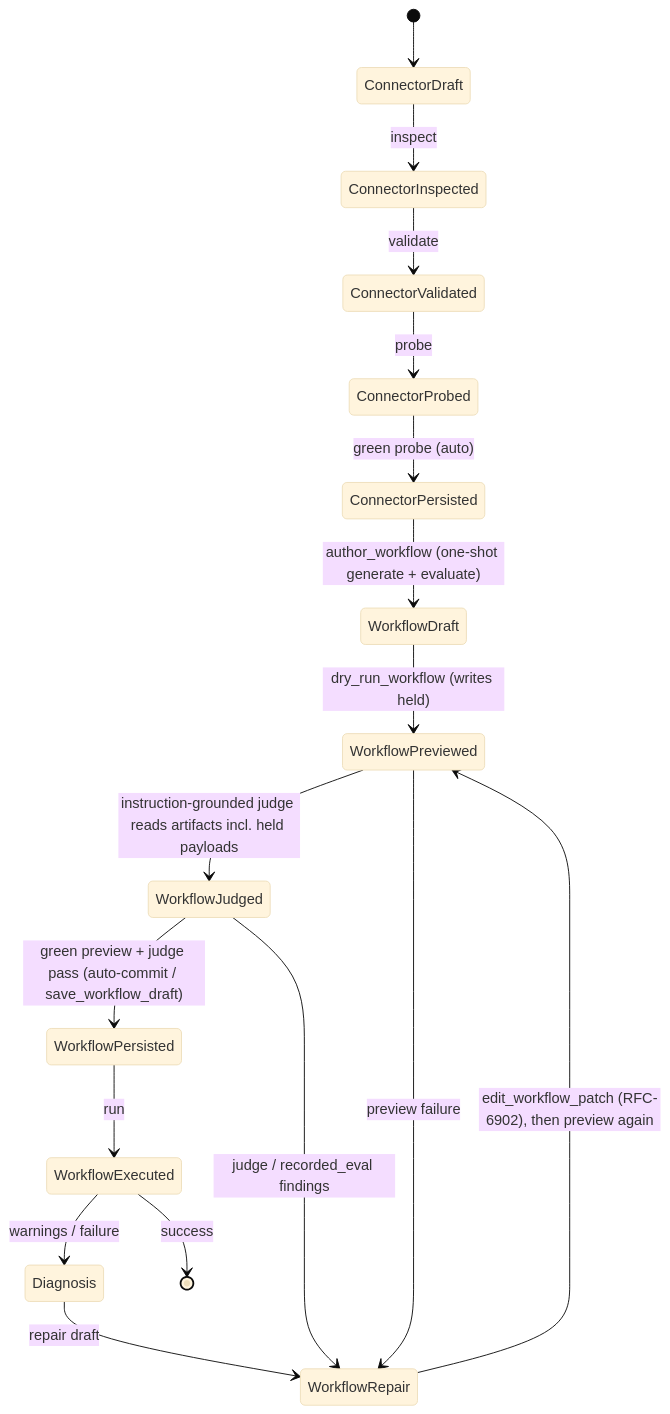
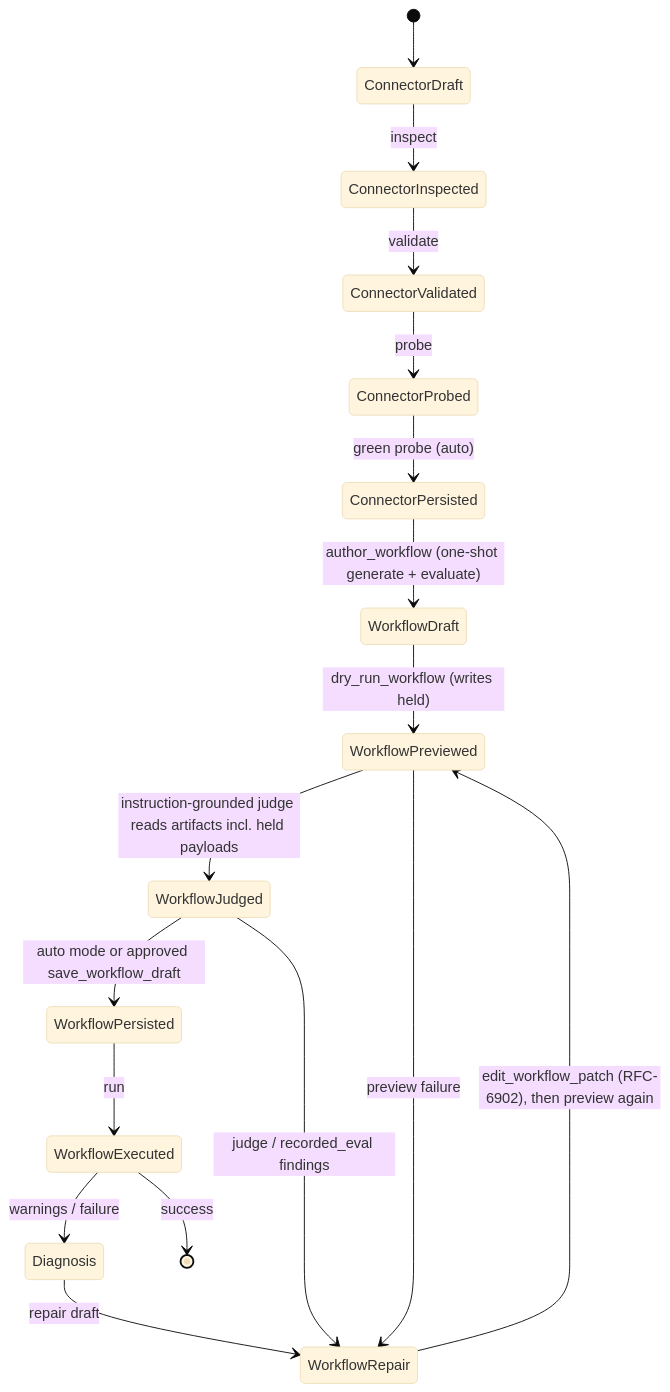
Before and after one commit to MikeBild/subkit: the second of 3 diagrams in docs/authors/authoring-workflows.md, drawn with Mermaid (base theme). The commit also changed other lines of this file and 11 other files, not shown here.

Commit message:
fix(authoring): gate workflow saves in ask mode

````diff
--- a/docs/authors/authoring-workflows.md
+++ b/docs/authors/authoring-workflows.md
@@ -72,19 +72,19 @@
 ```mermaid
 stateDiagram-v2
     [*] --> ConnectorDraft
     ConnectorDraft --> ConnectorInspected: inspect
     ConnectorInspected --> ConnectorValidated: validate
     ConnectorValidated --> ConnectorProbed: probe
     ConnectorProbed --> ConnectorPersisted: green probe (auto)
     ConnectorPersisted --> WorkflowDraft: author_workflow (one-shot generate + evaluate)
     WorkflowDraft --> WorkflowPreviewed: dry_run_workflow (writes held)
     WorkflowPreviewed --> WorkflowJudged: instruction-grounded judge reads artifacts incl. held payloads
-    WorkflowJudged --> WorkflowPersisted: green preview + judge pass (auto-commit / save_workflow_draft)
+    WorkflowJudged --> WorkflowPersisted: auto mode or approved save_workflow_draft
     WorkflowJudged --> WorkflowRepair: judge / recorded_eval findings
     WorkflowPreviewed --> WorkflowRepair: preview failure
     WorkflowRepair --> WorkflowPreviewed: edit_workflow_patch (RFC-6902), then preview again
     WorkflowPersisted --> WorkflowExecuted: run
     WorkflowExecuted --> Diagnosis: warnings / failure
     Diagnosis --> WorkflowRepair: repair draft
     WorkflowExecuted --> [*]: success
 ```
````
